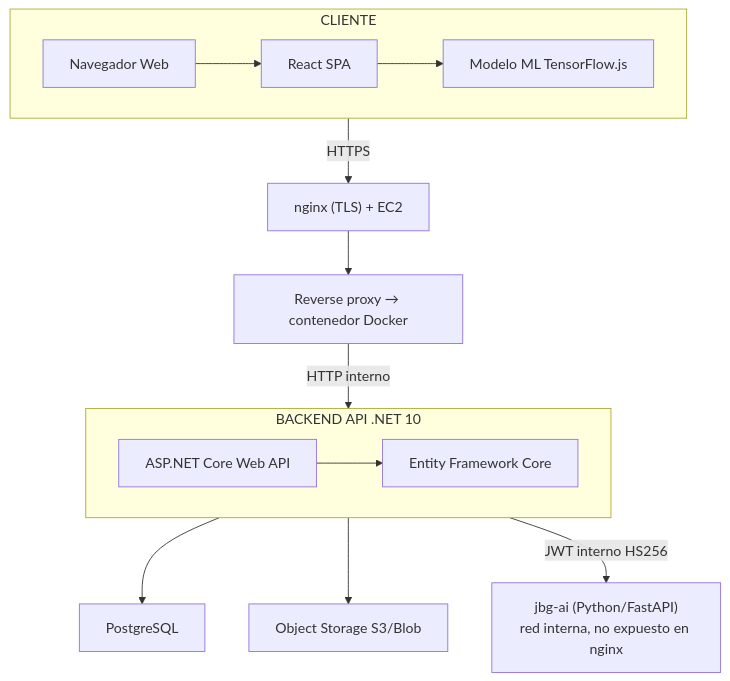
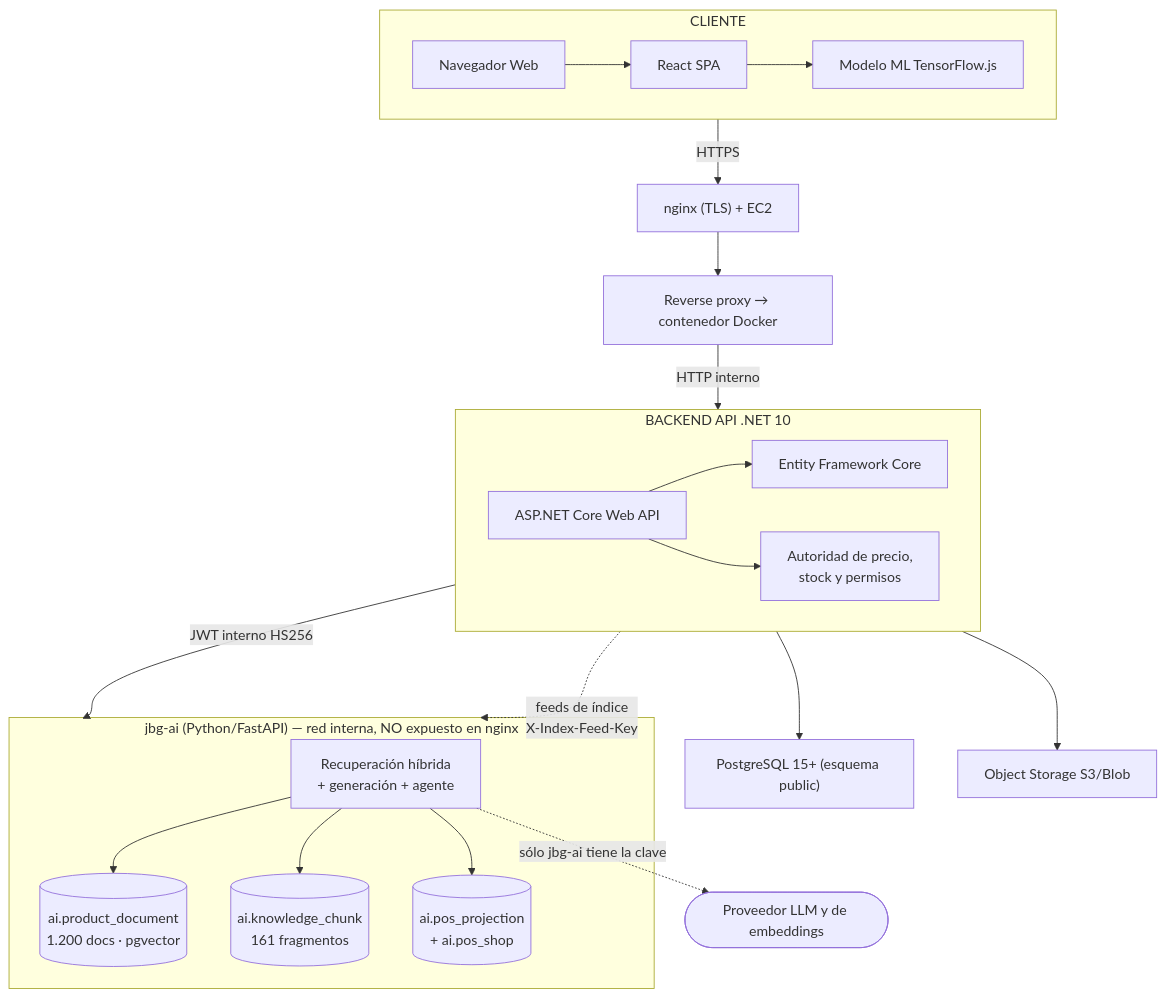
Before and after one commit to SValduezaL/joiabagur-pv: the first of 2 diagrams in README.md, drawn with Mermaid. The commit also changed other lines of this file and 13 other files, not shown here.

````diff
--- a/README.md
+++ b/README.md
@@ -111,26 +149,39 @@
 ```mermaid
 flowchart TB
     subgraph Cliente["CLIENTE"]
         Browser["Navegador Web"]
         SPA["React SPA"]
         ML["Modelo ML TensorFlow.js"]
         Browser --> SPA
         SPA --> ML
     end
     Nginx["nginx (TLS) + EC2"]
     Gateway["Reverse proxy → contenedor Docker"]
     subgraph Backend["BACKEND API .NET 10"]
         API["ASP.NET Core Web API"]
         EF["Entity Framework Core"]
+        Auth["Autoridad de precio,<br/>stock y permisos"]
         API --> EF
+        API --> Auth
     end
-    DB["PostgreSQL"]
+    subgraph AIS["jbg-ai (Python/FastAPI) — red interna, NO expuesto en nginx"]
+        AI["Recuperación híbrida<br/>+ generación + agente"]
+        IdxP[("ai.product_document<br/>1.200 docs · pgvector")]
+        IdxK[("ai.knowledge_chunk<br/>161 fragmentos")]
+        Proj[("ai.pos_projection<br/>+ ai.pos_shop")]
+        AI --> IdxP
+        AI --> IdxK
+        AI --> Proj
+    end
+    DB["PostgreSQL 15+ (esquema public)"]
     Storage["Object Storage S3/Blob"]
-    AI["jbg-ai (Python/FastAPI)<br/>red interna, no expuesto en nginx"]
+    LLM(["Proveedor LLM y de embeddings"])
     Cliente -->|HTTPS| Nginx
     Nginx --> Gateway
     Gateway -->|HTTP interno| Backend
     Backend --> DB
     Backend --> Storage
-    Backend -->|JWT interno HS256| AI
+    Backend -->|JWT interno HS256| AIS
+    AI -.->|sólo jbg-ai tiene la clave| LLM
+    Backend -.->|feeds de índice<br/>X-Index-Feed-Key| AIS
 ```
````
